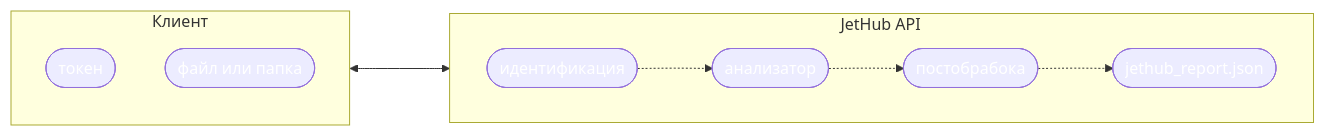
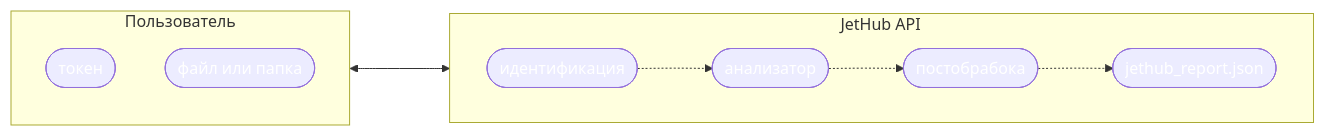
The diagram in docs/index.md (jethub-tech/docs.jethub.pro), drawn with Mermaid before and after one commit. The commit also changed other lines of this file, not shown here.

````diff
--- a/docs/index.md
+++ b/docs/index.md
@@ -3,40 +3,40 @@
 ``` mermaid
 %%{init: {"flowchart": {"htmlLabels": false}} }%%
 flowchart LR
-    subgraph CLIENT [Клиент]
+    subgraph CLIENT [Пользователь]
         style CLIENT color:#fff
         direction TB
 
         token([токен])
         style token color:#fff
 
         path([ файл или папка ])
         style path color:#fff
 
 
     end
 
     subgraph JETHUB_API [JetHub API]
         style JETHUB_API color:#fff
         direction LR
 
         identification([идентификация])
         style identification color:#fff
 
         analizator([анализатор])
         style analizator color:#fff
 
         post_processing([постобрабока])
         style post_processing color:#fff
 
         report([jethub_report.json])
         style report color:#fff
 
         identification -.-> analizator
         analizator -.-> post_processing
         post_processing -.-> report
 
     end
 
     CLIENT <---> JETHUB_API
 ```
````
